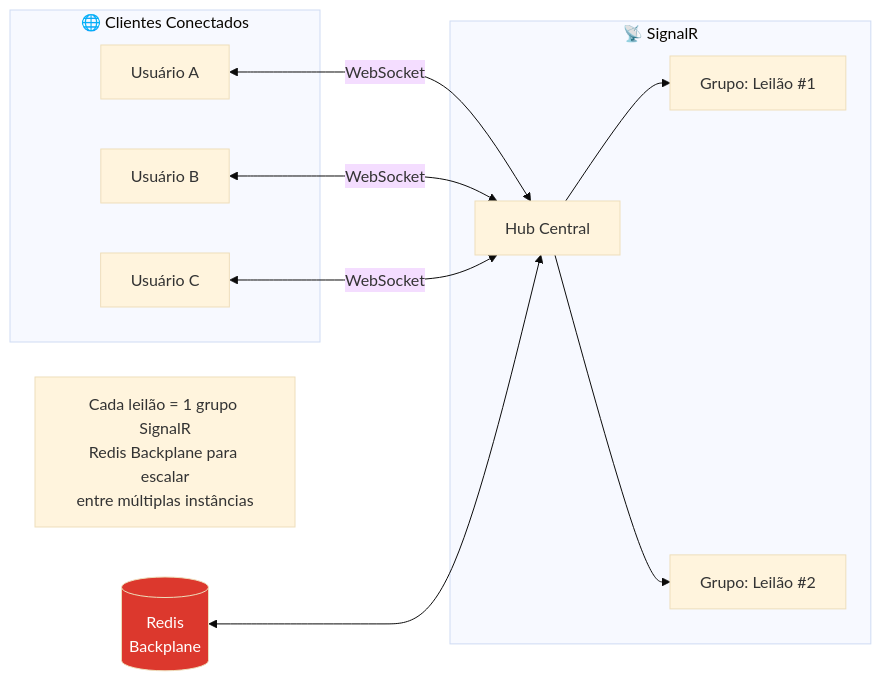
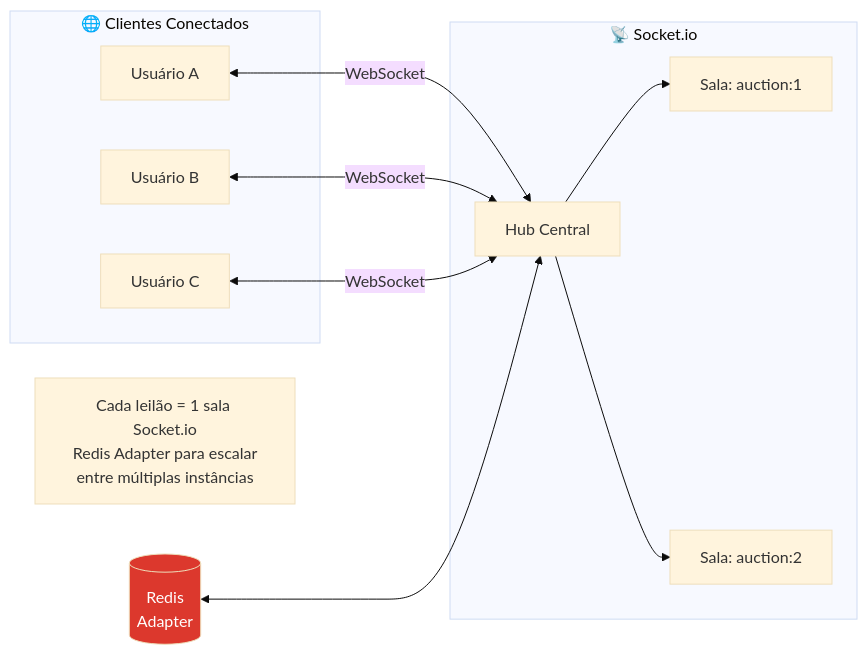
Before and after one commit to samuka7abr/no-crud-projects: the seventh of 8 diagrams in Leilao/README.md, drawn with Mermaid (base theme). The commit also changed other lines of this file, not shown here.

````diff
--- a/Leilao/README.md
+++ b/Leilao/README.md
@@ -235,27 +356,27 @@
 ```mermaid
 flowchart LR
     subgraph Clients["🌐 Clientes Conectados"]
         C1[Usuário A]
         C2[Usuário B]
         C3[Usuário C]
     end
 
-    subgraph SignalR["📡 SignalR"]
+    subgraph Socket["📡 Socket.io"]
         HUB[Hub Central]
-        G1[Grupo: Leilão #1]
-        G2[Grupo: Leilão #2]
+        G1["Sala: auction:1"]
+        G2["Sala: auction:2"]
     end
 
     C1 <-->|WebSocket| HUB
     C2 <-->|WebSocket| HUB
     C3 <-->|WebSocket| HUB
 
     HUB --> G1
     HUB --> G2
 
-    REDIS[(Redis\nBackplane)] <--> HUB
+    REDIS[(Redis\nAdapter)] <--> HUB
 
-    Note1[Cada leilão = 1 grupo SignalR\nRedis Backplane para escalar\nentre múltiplas instâncias]
+    Note1[Cada leilão = 1 sala Socket.io<br/>Redis Adapter para escalar<br/>entre múltiplas instâncias]
 
     style REDIS fill:#dc382d,color:#fff
 ```
````
